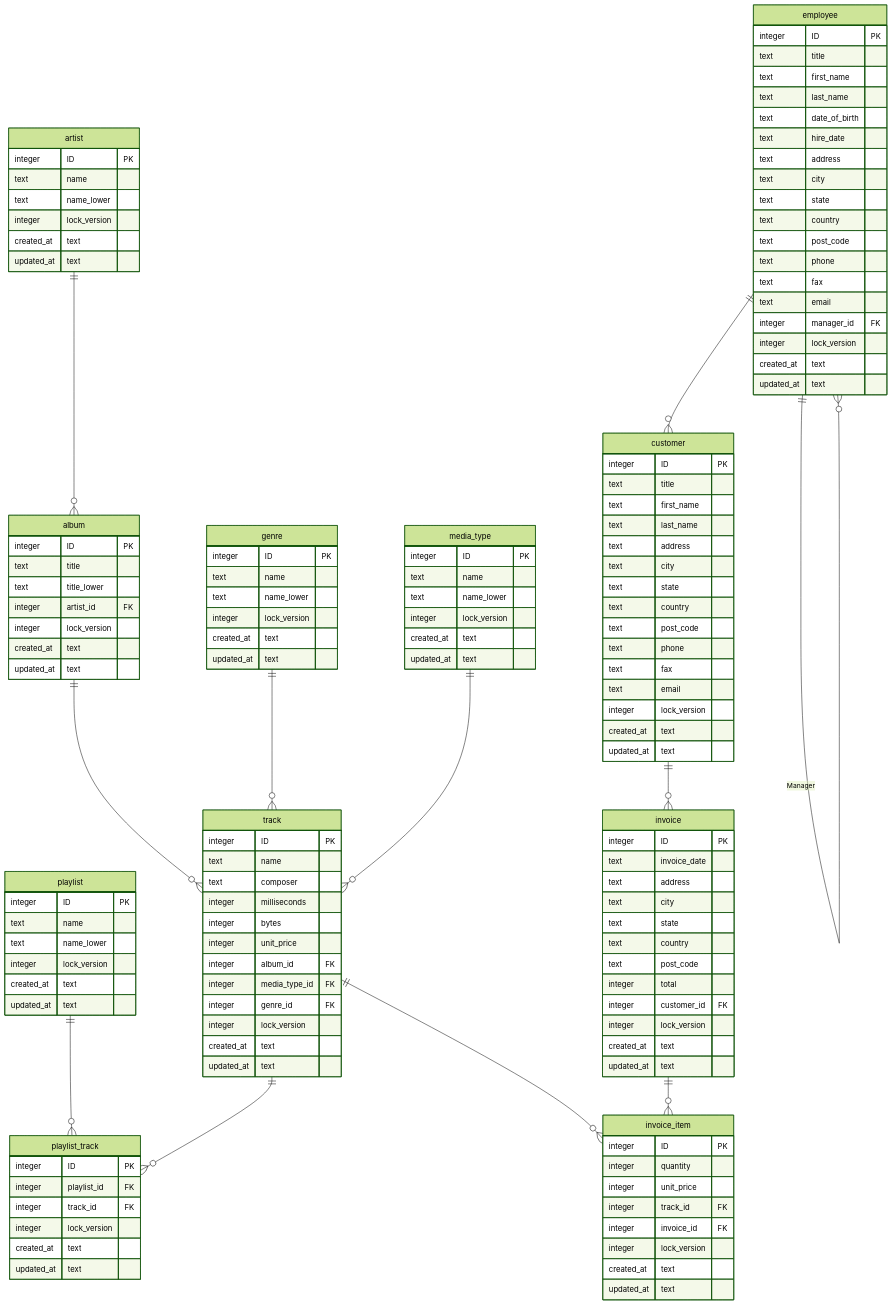
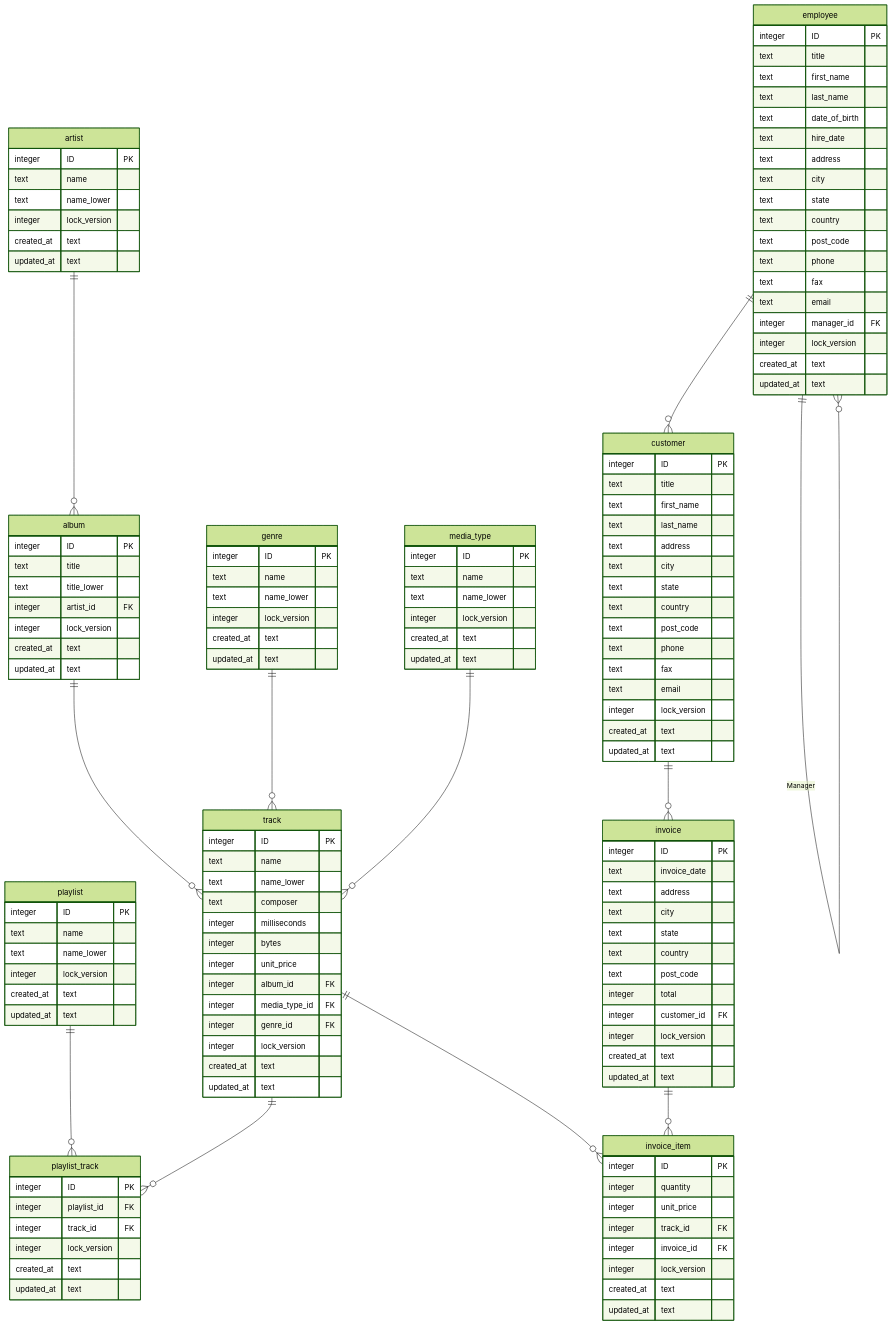
The second of 2 diagrams in docs/sqlite.md (dooley-ch/mistral), drawn with Mermaid (forest theme) before and after one commit. The commit also changed other lines of this file and 4 other files, not shown here.

```diff
--- a/docs/sqlite.md
+++ b/docs/sqlite.md
@@ -116,6 +118,7 @@
     track {
         integer ID PK
         text name
+        text name_lower
         text composer
         integer milliseconds
         integer bytes
```
